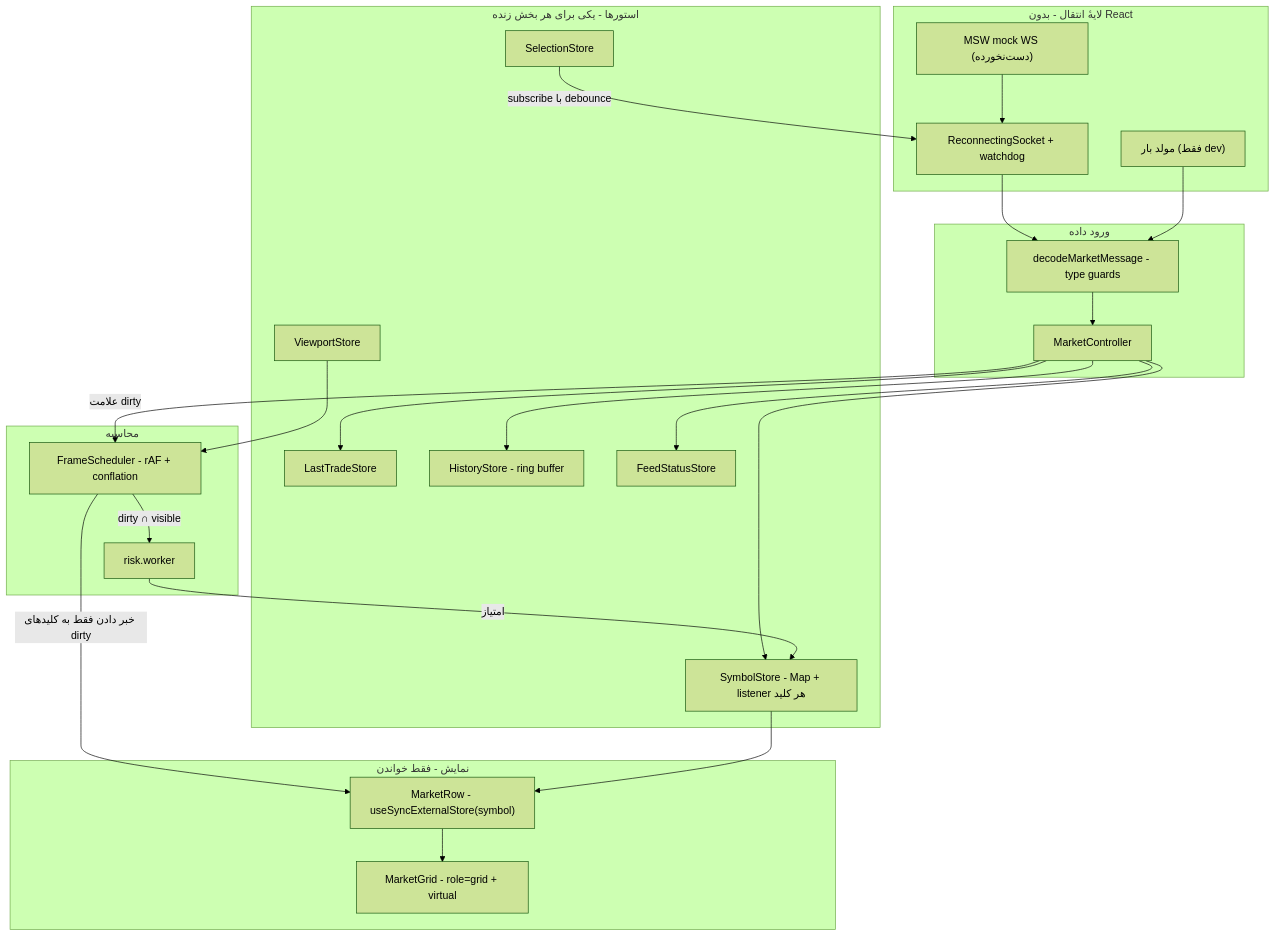
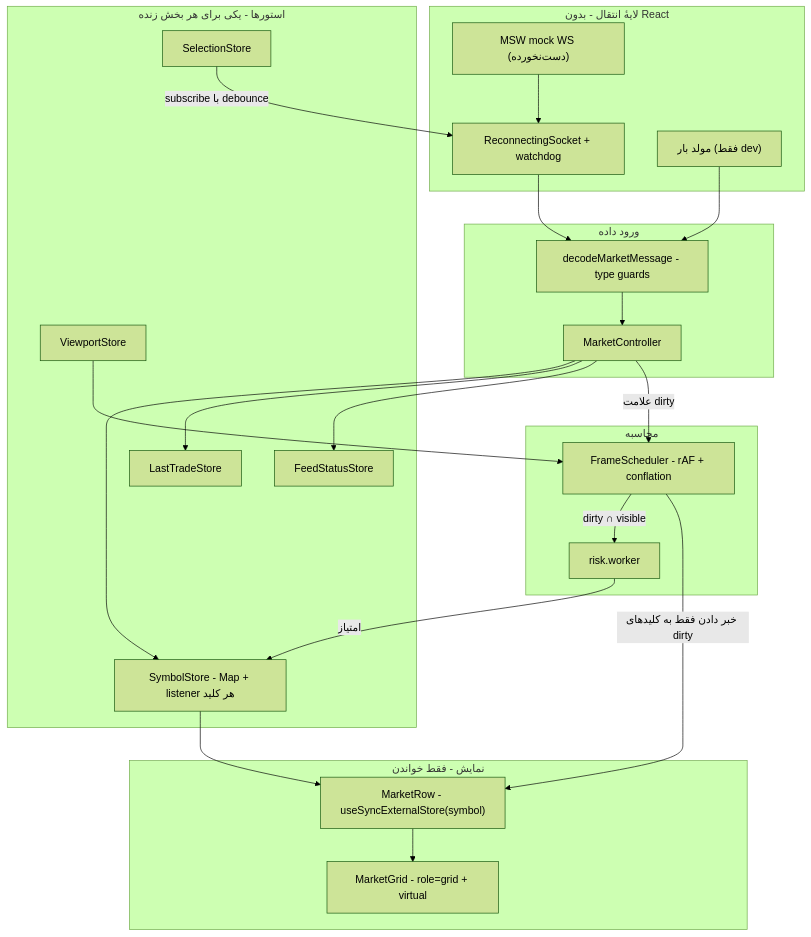
One commit to soheilhasanjani/charisma changed the diagram in ARCHITECTURE.md. Above: the diagram before and after it, drawn with Mermaid (forest theme). The commit also changed other lines of this file and 16 other files, not shown here.

First line of the commit message:
refactor: remove HistoryStore and related components

````diff
--- a/ARCHITECTURE.md
+++ b/ARCHITECTURE.md
@@ -24,44 +24,42 @@
 ```mermaid
 flowchart TB
     subgraph transport [لایهٔ انتقال - بدون React]
       MSW["MSW mock WS (دست‌نخورده)"]
       Socket["ReconnectingSocket + watchdog"]
       LoadGen["مولد بار (فقط dev)"]
     end
     subgraph ingest [ورود داده]
       Decode["decodeMarketMessage - type guards"]
       Controller["MarketController"]
     end
     subgraph state [استورها - یکی برای هر بخش زنده]
       Symbols["SymbolStore - Map + listener هر کلید"]
       Trade["LastTradeStore"]
-      History["HistoryStore - ring buffer"]
       Status["FeedStatusStore"]
       Selection["SelectionStore"]
       Viewport["ViewportStore"]
     end
     subgraph compute [محاسبه]
       Sched["FrameScheduler - rAF + conflation"]
       Worker["risk.worker"]
     end
     subgraph view [نمایش - فقط خواندن]
       Grid["MarketGrid - role=grid + virtual"]
       Row["MarketRow - useSyncExternalStore(symbol)"]
     end
 
     MSW --> Socket --> Decode
     LoadGen --> Decode
     Decode --> Controller
     Controller --> Symbols
     Controller --> Trade
-    Controller --> History
     Controller --> Status
     Controller -->|"علامت dirty"| Sched
     Sched -->|"dirty ∩ visible"| Worker
     Worker -->|"امتیاز"| Symbols
     Sched -->|"خبر دادن فقط به کلیدهای dirty"| Row
     Symbols --> Row
     Row --> Grid
     Viewport --> Sched
     Selection -->|"subscribe با debounce"| Socket
 ```
````
